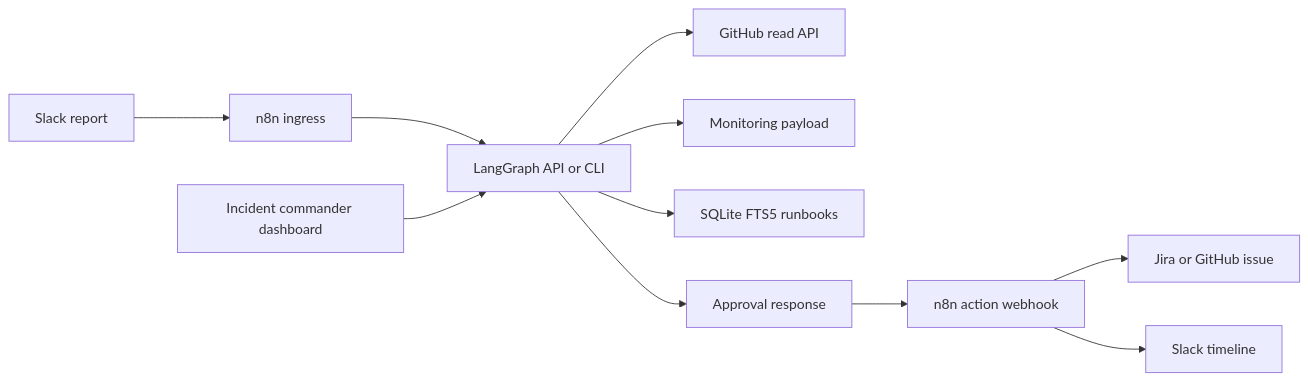
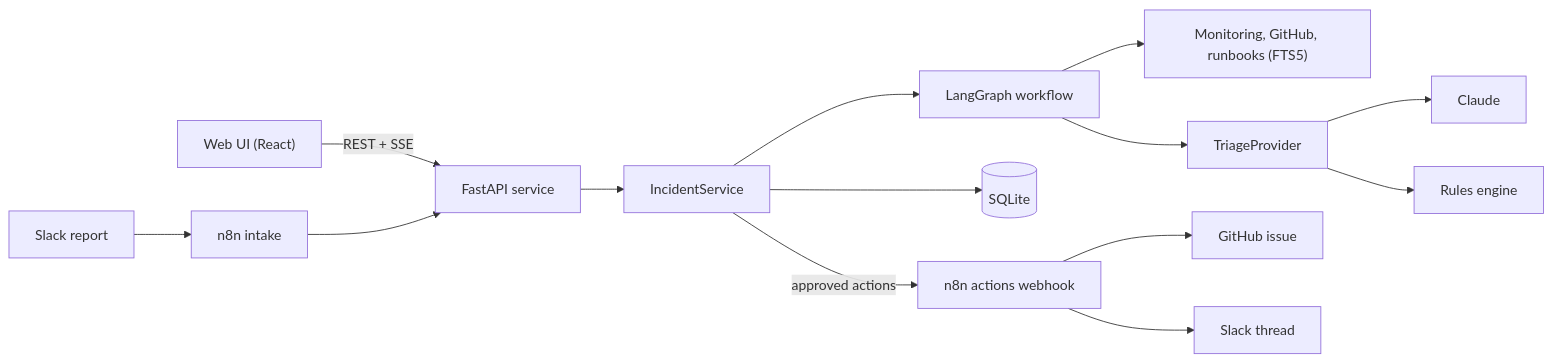
One commit to ft-kumarsatyam/incidentops-copilot changed the first of 3 diagrams in docs/ARCHITECTURE.md. Above: the diagram before and after it, drawn with Mermaid. The commit also changed other lines of this file and 27 other files, not shown here.

First line of the commit message:
feat: harden n8n integration and rewrite docs for the new architecture (phase 4)

````diff
--- a/docs/ARCHITECTURE.md
+++ b/docs/ARCHITECTURE.md
@@ -5,13 +22,16 @@
 ```mermaid
 flowchart LR
-  Slack["Slack report"] --> N8nIn["n8n ingress"]
-  N8nIn --> Graph["LangGraph API or CLI"]
-  Graph --> GitHub["GitHub read API"]
-  Graph --> Monitor["Monitoring payload"]
-  Graph --> Runbooks["SQLite FTS5 runbooks"]
-  Dashboard["Incident commander dashboard"] --> Graph
-  Graph --> Approval["Approval response"]
-  Approval --> N8nOut["n8n action webhook"]
-  N8nOut --> Jira["Jira or GitHub issue"]
-  N8nOut --> SlackThread["Slack timeline"]
+  Slack["Slack report"] --> N8nIn["n8n intake"]
+  Web["Web UI (React)"] -- "REST + SSE" --> API
+  N8nIn --> API["FastAPI service"]
+  API --> Service["IncidentService"]
+  Service --> Graph["LangGraph workflow"]
+  Graph --> Tools["Monitoring, GitHub, runbooks (FTS5)"]
+  Graph --> Provider["TriageProvider"]
+  Provider --> Claude["Claude"]
+  Provider --> Rules["Rules engine"]
+  Service --> DB[("SQLite")]
+  Service -- "approved actions" --> N8nOut["n8n actions webhook"]
+  N8nOut --> GitHub["GitHub issue"]
+  N8nOut --> SlackOut["Slack thread"]
 ```
````
